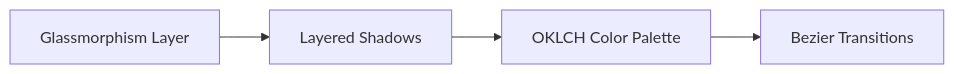
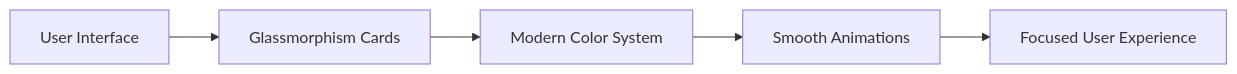
One commit to Tanmay24-ya/FinDash changed the first of 3 diagrams in frontend/README.md. Above: the diagram before and after it, drawn with Mermaid. The commit also changed other lines of this file, not shown here.

````diff
--- a/frontend/README.md
+++ b/frontend/README.md
@@ -10,6 +46,7 @@
 ```mermaid
 graph LR
-    Glass[Glassmorphism Layer] --> Depth[Layered Shadows]
-    Depth --> Color[OKLCH Color Palette]
-    Color --> Animation[Bezier Transitions]
+    UI[User Interface] --> Glass[Glassmorphism Cards]
+    Glass --> Colors[Modern Color System]
+    Colors --> Motion[Smooth Animations]
+    Motion --> UX[Focused User Experience]
 ```
````
